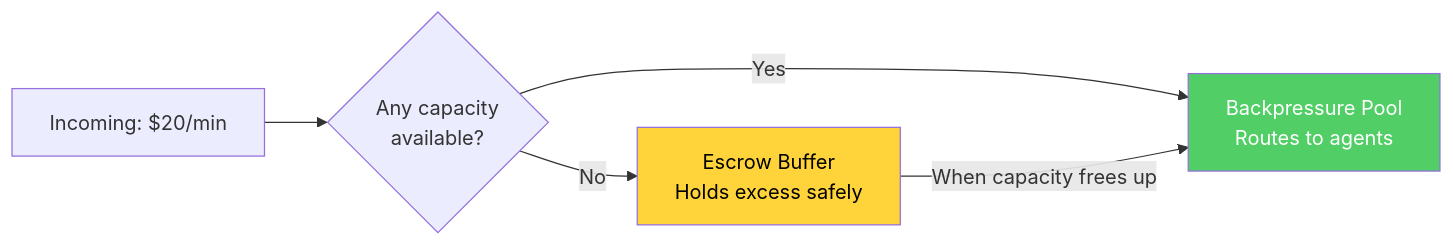
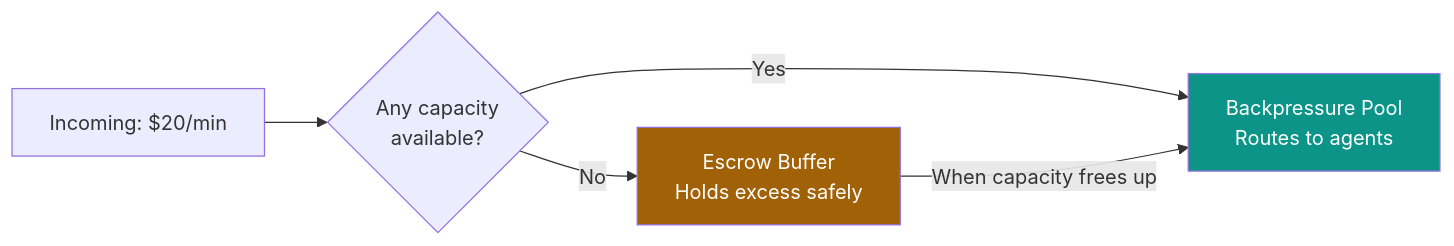
Before and after one commit to backproto/backproto: the eighth of 16 diagrams in website/explainer.md, drawn with Mermaid. The commit also changed other lines of this file and 7 other files, not shown here.

First line of the commit message:
refactor(explainer): modernize diagrams and polish text

````diff
--- a/website/explainer.md
+++ b/website/explainer.md
@@ -239,10 +238,10 @@
 ```mermaid
 graph LR
     IN["Incoming: $20/min"] --> CHECK{Any capacity<br/>available?}
     CHECK -->|Yes| POOL["Backpressure Pool<br/>Routes to agents"]
     CHECK -->|No| BUFFER["Escrow Buffer<br/>Holds excess safely"]
     BUFFER -->|When capacity frees up| POOL
 
-    style BUFFER fill:#ffd43b,color:#000
-    style POOL fill:#51cf66,color:#fff
+    style BUFFER fill:#a16207,color:#fff
+    style POOL fill:#0d9488,color:#fff
 ```
````
